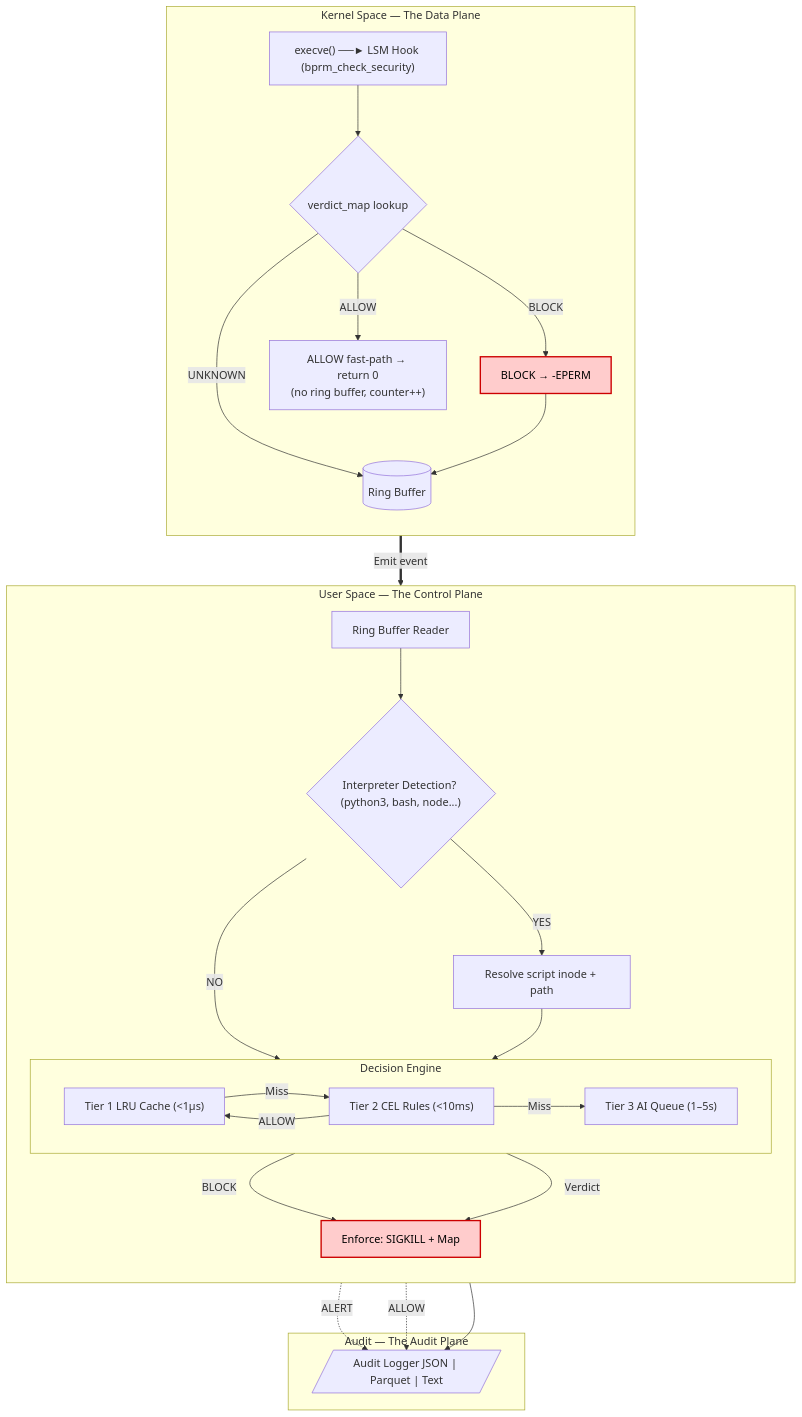
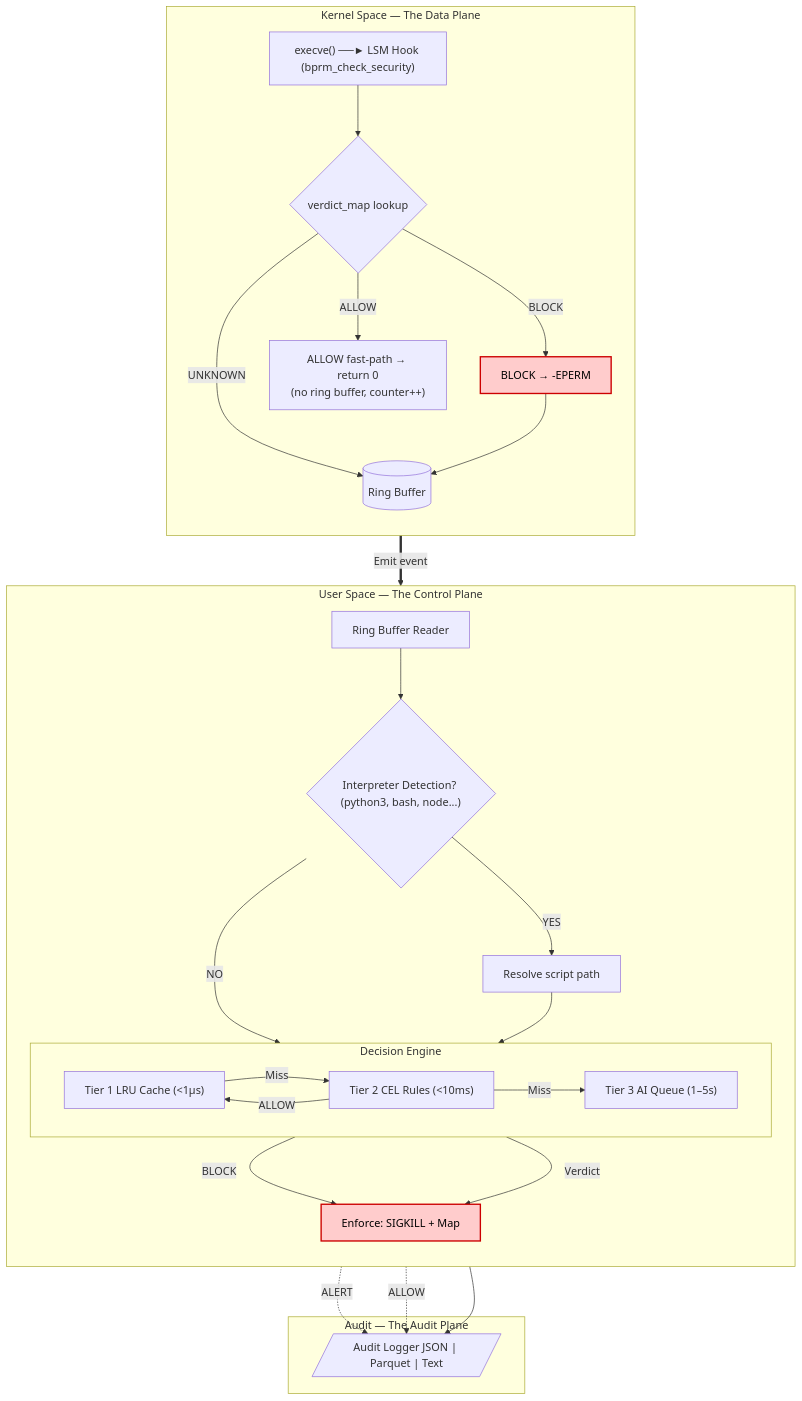
Before and after one commit to CrlsMrls/zask: the diagram in docs/03-architecture/architecture.md, drawn with Mermaid. The commit also changed other lines of this file and 24 other files, not shown here.

````diff
--- a/docs/03-architecture/architecture.md
+++ b/docs/03-architecture/architecture.md
@@ -10,63 +10,64 @@
 ```mermaid
 flowchart TD
 %% Kernel Space Subgraph
 subgraph Kernel["Kernel Space — The Data Plane"]
 
 direction TB
 hook["execve() ──► LSM Hook (bprm_check_security)"]
 vmap{"verdict_map lookup"}
 block_kern["BLOCK → -EPERM"]
 allow_fast["ALLOW fast-path → return 0\n(no ring buffer, counter++)"]
 ringbuf[("Ring Buffer")]
 
 hook --> vmap
 vmap -- "BLOCK" --> block_kern
 vmap -- "ALLOW" --> allow_fast
 vmap -- "UNKNOWN" --> ringbuf
 block_kern --> ringbuf
 end
 
 %% Cross-boundary connection
 ringbuf ==>|"Emit event"| reader
 
 %% User Space Subgraph
 subgraph User["User Space — The Control Plane"]
 direction TB
 reader["Ring Buffer Reader"]
 detect{"Interpreter Detection? (python3, bash, node...)"}
-resolve["Resolve script inode + path"]
+resolve["Resolve script path"]
 
 subgraph Tiers["Decision Engine"]
 direction LR
 T1["Tier 1 LRU Cache (<1μs)"]
 T2["Tier 2 CEL Rules (<10ms)"]
 T3["Tier 3 AI Queue (1–5s)"]
 T1 -->|"Miss"| T2
 T2 -->|"Miss"| T3
 end
 
 enforce["Enforce: SIGKILL + Map"]
 
 reader --> detect
 detect -- "YES" --> resolve
 detect -- "NO" --> T1
 resolve --> T1
+
 
 T2 -- "BLOCK" --> enforce
 T2 -- "ALLOW" --> T1
 T3 -- "Verdict" --> enforce
 end
 
 %% Audit Plane Subgraph
 subgraph Audit["Audit — The Audit Plane"]
 audit[/"Audit Logger JSON | Parquet | Text"/]
 end
 
 T2 -. "ALERT" .-> audit
 T2 -. "ALLOW" .-> audit
 enforce --> audit
 
 %% Apply basic styling
 classDef alert fill:#ffcccc,stroke:#cc0000,stroke-width:2px,color:#000;
 class block_kern,enforce alert;
 ```
````
